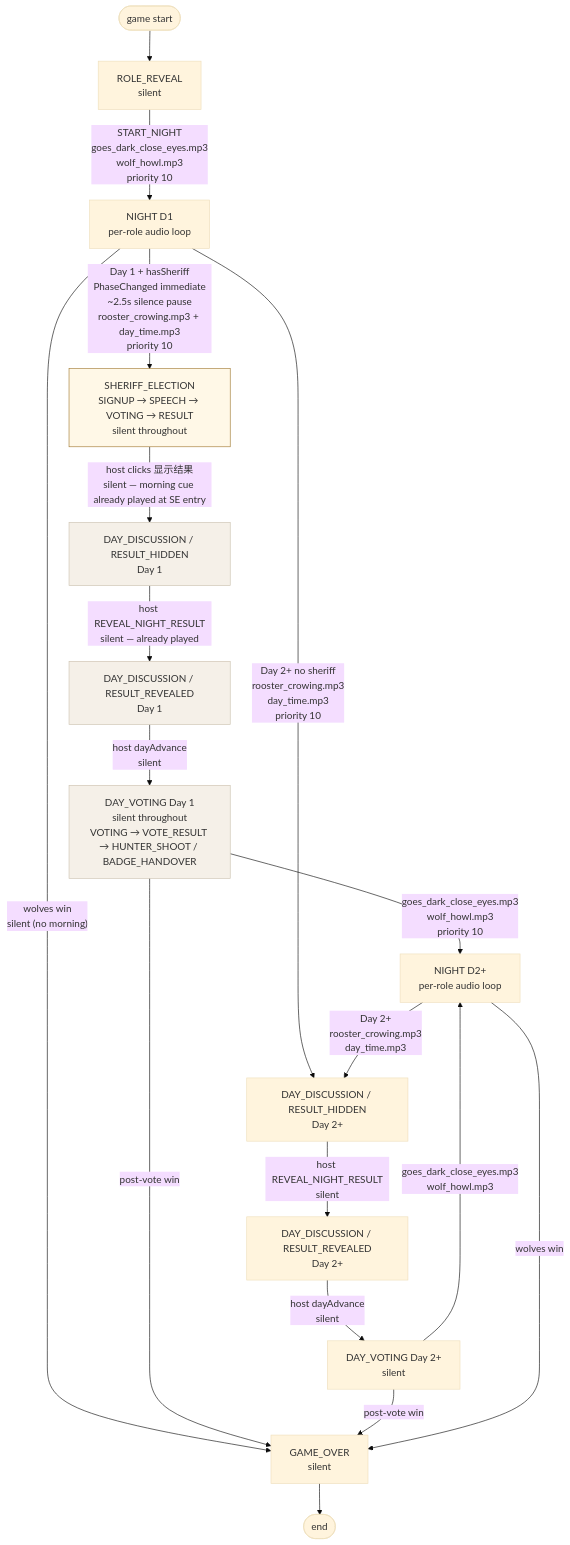
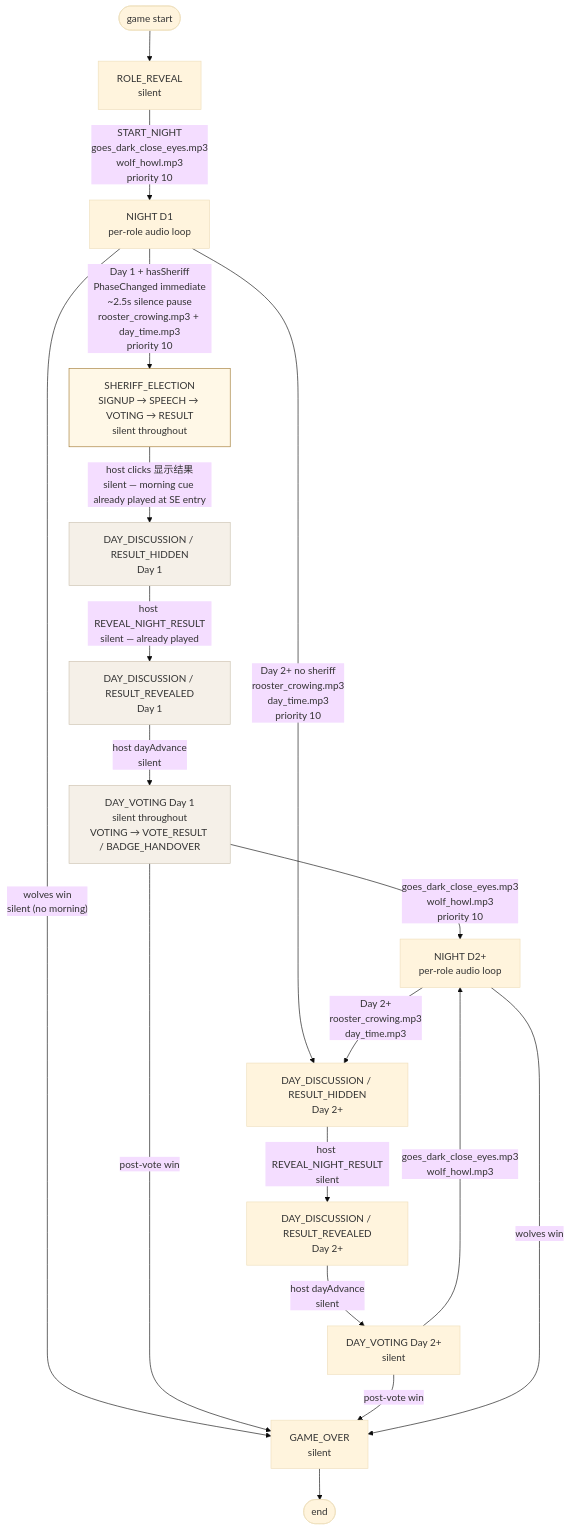
The second of 3 diagrams in docs/game-phase-flow.md (wangdaqian08/werewolf-simple), drawn with Mermaid (base theme) before and after one commit. The commit also changed other lines of this file and 65 other files, not shown here.

````diff
--- a/docs/game-phase-flow.md
+++ b/docs/game-phase-flow.md
@@ -97,31 +99,31 @@
 ```mermaid
 flowchart TB
     START([game start]) --> RR["ROLE_REVEAL<br/>silent"]
     RR -->|"START_NIGHT<br/>goes_dark_close_eyes.mp3<br/>wolf_howl.mp3<br/>priority 10"| N1["NIGHT D1<br/>per-role audio loop"]
 
     N1 -->|"wolves win<br/>silent (no morning)"| GO["GAME_OVER<br/>silent"]
     N1 -->|"Day 1 + hasSheriff<br/>PhaseChanged immediate<br/>~2.5s silence pause<br/>rooster_crowing.mp3 + day_time.mp3<br/>priority 10"| SE["SHERIFF_ELECTION<br/>SIGNUP → SPEECH → VOTING → RESULT<br/>silent throughout"]
     N1 -->|"Day 2+ no sheriff<br/>rooster_crowing.mp3<br/>day_time.mp3<br/>priority 10"| DH2["DAY_DISCUSSION / RESULT_HIDDEN<br/>Day 2+"]
 
     SE -->|"host clicks 显示结果<br/>silent — morning cue already played at SE entry"| DH1["DAY_DISCUSSION / RESULT_HIDDEN<br/>Day 1"]
     DH1 -->|"host REVEAL_NIGHT_RESULT<br/>silent — already played"| DR1["DAY_DISCUSSION / RESULT_REVEALED<br/>Day 1"]
-    DR1 -->|"host dayAdvance<br/>silent"| DV1["DAY_VOTING Day 1<br/>silent throughout<br/>VOTING → VOTE_RESULT → HUNTER_SHOOT / BADGE_HANDOVER"]
+    DR1 -->|"host dayAdvance<br/>silent"| DV1["DAY_VOTING Day 1<br/>silent throughout<br/>VOTING → VOTE_RESULT / BADGE_HANDOVER"]
 
     DH2 -->|"host REVEAL_NIGHT_RESULT<br/>silent"| DR2["DAY_DISCUSSION / RESULT_REVEALED<br/>Day 2+"]
     DR2 -->|"host dayAdvance<br/>silent"| DV2["DAY_VOTING Day 2+<br/>silent"]
 
     DV1 -->|"goes_dark_close_eyes.mp3<br/>wolf_howl.mp3<br/>priority 10"| N2["NIGHT D2+<br/>per-role audio loop"]
     DV2 -->|"goes_dark_close_eyes.mp3<br/>wolf_howl.mp3"| N2
     DV1 -->|"post-vote win"| GO
     DV2 -->|"post-vote win"| GO
 
     N2 -->|"wolves win"| GO
     N2 -->|"Day 2+<br/>rooster_crowing.mp3<br/>day_time.mp3"| DH2
 
     GO --> END([end])
 
     classDef morningCue fill:#fff8e7,stroke:#a07830
     classDef silent fill:#f5f0e8,stroke:#ccc2b0
     class SE morningCue
     class DH1,DR1,DV1 silent
 ```
````
